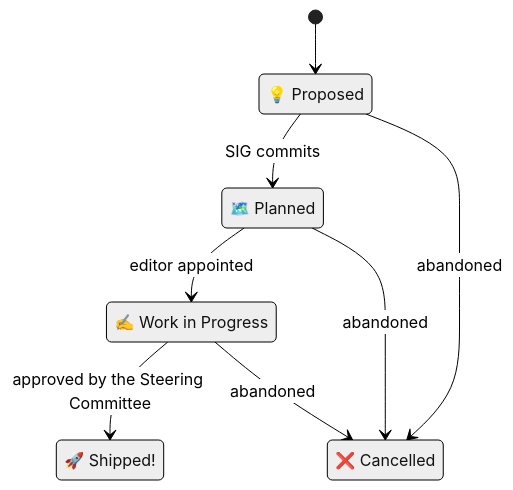
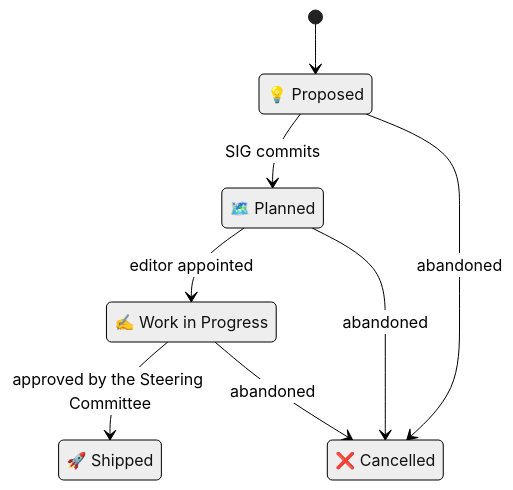
The diagram in working-mode.md (orcwg/orcwg), drawn with Mermaid (neutral theme) before and after one commit. The commit also changed other lines of this file and 13 other files, not shown here.

````diff
--- a/working-mode.md
+++ b/working-mode.md
@@ -49,16 +49,16 @@
 ```mermaid
 stateDiagram-v2
     [*] --> proposed
     proposed --> planned: SIG commits
     proposed --> cancelled: abandoned
     planned --> work_in_progress: editor appointed
     planned --> cancelled: abandoned
     work_in_progress --> shipped: approved by the Steering Committee
     work_in_progress --> cancelled: abandoned
 
     proposed: 💡 Proposed
     planned: 🗺️ Planned
     work_in_progress: ✍️ Work in Progress
-    shipped: 🚀 Shipped!
+    shipped: 🚀 Shipped
     cancelled: ❌ Cancelled
 ```
````
